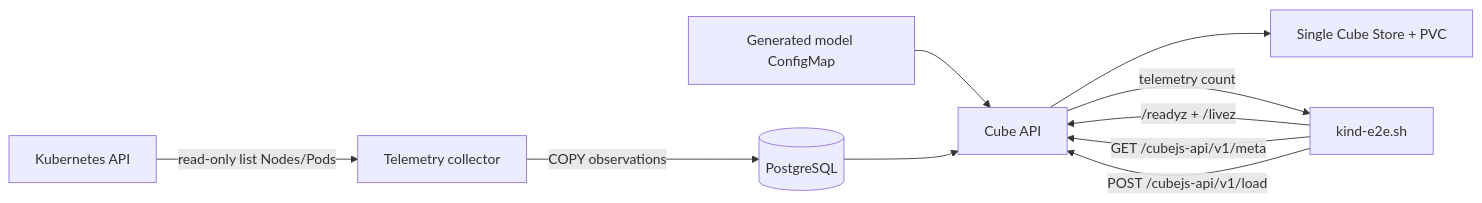
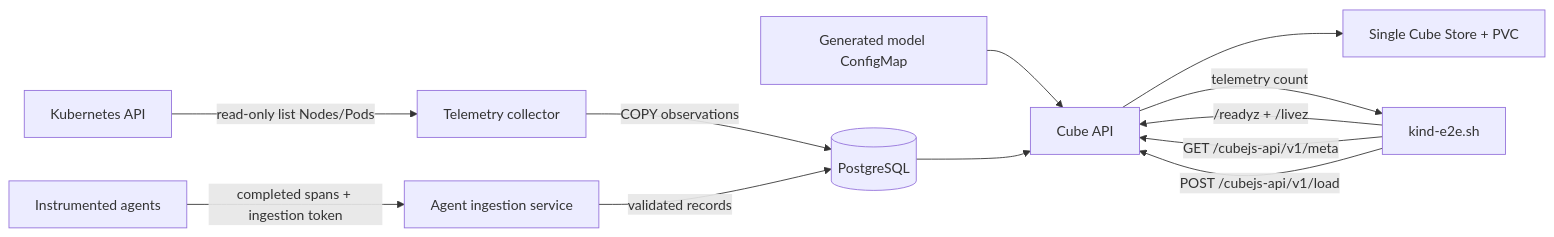
The seventh of 10 diagrams in README.md (sqe/cube-microk8s-operator), drawn with Mermaid before and after one commit. The commit also changed other lines of this file and 20 other files, not shown here.

````diff
--- a/README.md
+++ b/README.md
@@ -333,12 +379,14 @@
 ```mermaid
 flowchart LR
   KAPI[Kubernetes API] -->|read-only list Nodes/Pods| Collector[Telemetry collector]
   Collector -->|COPY observations| PG[(PostgreSQL)]
+  Agents[Instrumented agents] -->|completed spans + ingestion token| Ingest[Agent ingestion service]
+  Ingest -->|validated records| PG
   Model[Generated model ConfigMap] --> Cube[Cube API]
   PG --> Cube
   Cube --> Store[Single Cube Store + PVC]
   Test[kind-e2e.sh] -->|/readyz + /livez| Cube
   Test -->|GET /cubejs-api/v1/meta| Cube
   Test -->|POST /cubejs-api/v1/load| Cube
   Cube -->|telemetry count| Test
 ```
````
